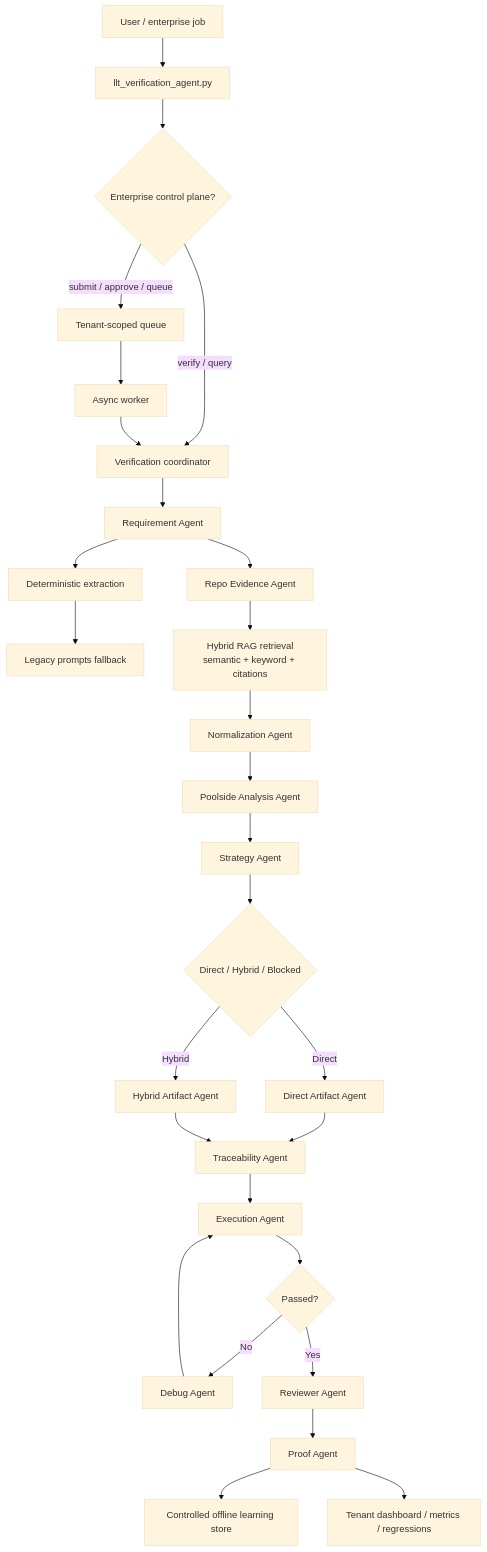
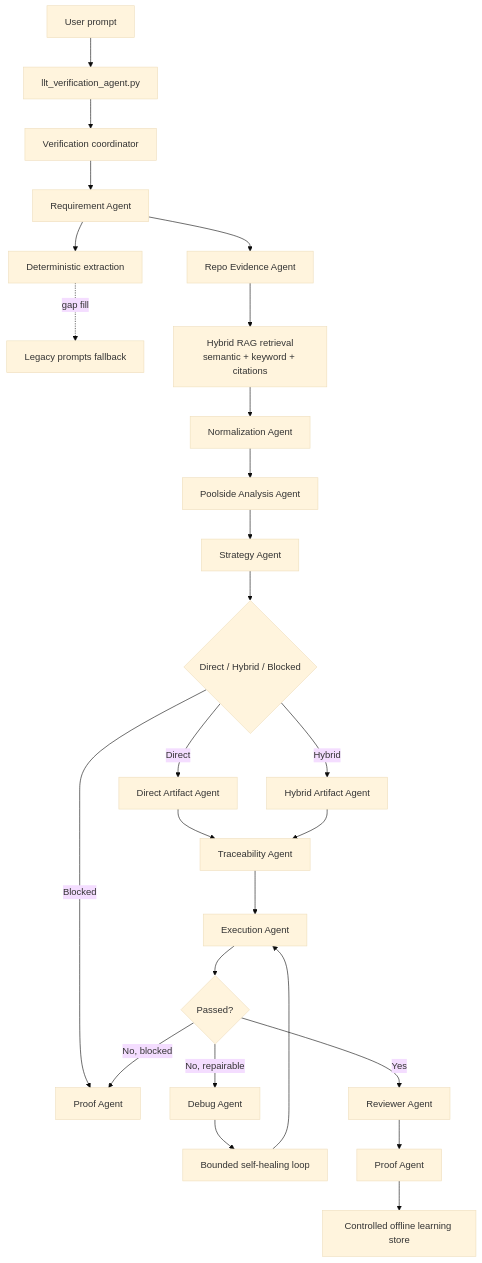
Before and after one commit to gogula04/MultiAgent: the first of 4 diagrams in verification-automation/llt_verification/README.md, drawn with Mermaid (base theme). The commit also changed other lines of this file and 1 other file, not shown here.

Commit message:
updated flow charts

````diff
--- a/verification-automation/llt_verification/README.md
+++ b/verification-automation/llt_verification/README.md
@@ -27,31 +31,28 @@
 ```mermaid
 flowchart TD
-    U["User / enterprise job"] --> CLI["llt_verification_agent.py"]
-    CLI --> CP{"Enterprise control plane?"}
-    CP -->|submit / approve / queue| Q["Tenant-scoped queue"]
-    Q --> W["Async worker"]
-    CP -->|verify / query| ORCH["Verification coordinator"]
-    W --> ORCH
-
+    U["User prompt"] --> CLI["llt_verification_agent.py"]
+    CLI --> ORCH["Verification coordinator"]
     ORCH --> R["Requirement Agent"]
     R --> F["Deterministic extraction"]
-    F --> L["Legacy prompts fallback"]
+    F -. gap fill .-> L["Legacy prompts fallback"]
     R --> E["Repo Evidence Agent"]
     E --> I["Hybrid RAG retrieval<br/>semantic + keyword + citations"]
     I --> N["Normalization Agent"]
     N --> A["Poolside Analysis Agent"]
     A --> S["Strategy Agent"]
     S --> D{"Direct / Hybrid / Blocked"}
+    D -->|Blocked| P0["Proof Agent"]
     D -->|Direct| DA["Direct Artifact Agent"]
     D -->|Hybrid| HA["Hybrid Artifact Agent"]
     DA --> T["Traceability Agent"]
     HA --> T
     T --> X["Execution Agent"]
     X --> G{"Passed?"}
-    G -->|No| B["Debug Agent"]
-    B --> X
+    G -->|No, repairable| B["Debug Agent"]
+    G -->|No, blocked| P0
+    B --> H["Bounded self-healing loop"]
+    H --> X
     G -->|Yes| V["Reviewer Agent"]
     V --> P["Proof Agent"]
     P --> LRN["Controlled offline learning store"]
-    P --> DASH["Tenant dashboard / metrics / regressions"]
 ```
````
